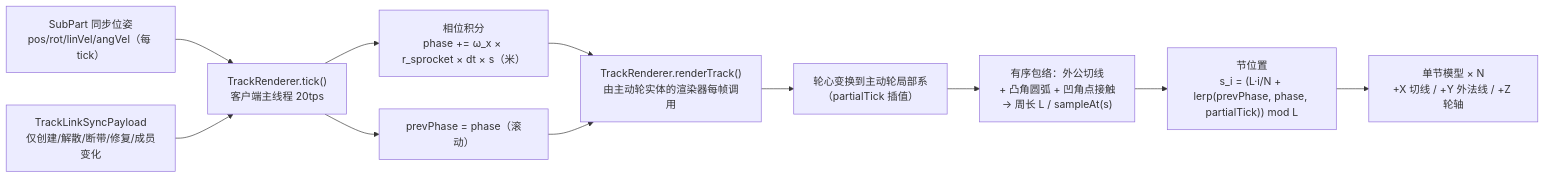
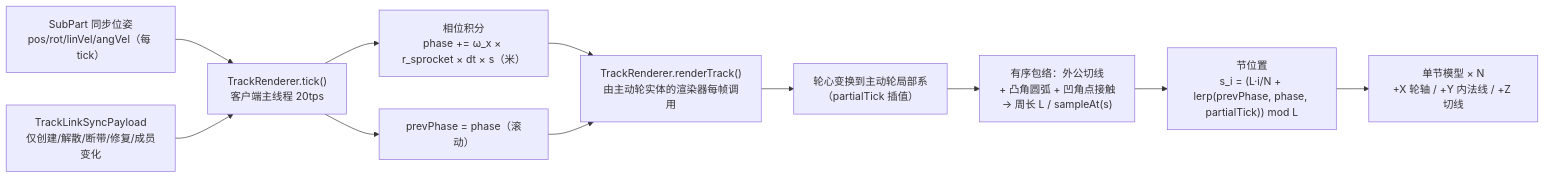
One commit to Sweetzonzi/Machine-Max changed the diagram in docs/plan/进行中/履带系统-物理实现设计文档.md. Above: the diagram before and after it, drawn with Mermaid. The commit also changed other lines of this file and 13 other files, not shown here.

First line of the commit message:
docs(track): 记录履带数据驱动化落地与 fitting schema

````diff
--- a/docs/plan/进行中/履带系统-物理实现设计文档.md
+++ b/docs/plan/进行中/履带系统-物理实现设计文档.md
@@ -525,13 +525,13 @@
 ```mermaid
 flowchart LR
     A["SubPart 同步位姿<br>pos/rot/linVel/angVel（每 tick）"] --> B["TrackRenderer.tick()<br>客户端主线程 20tps"]
     C["TrackLinkSyncPayload<br>仅创建/解散/断带/修复/成员变化"] --> B
     B --> D["相位积分<br>phase += ω_x × r_sprocket × dt × s（米）"]
     B --> E["prevPhase = phase（滚动）"]
     D --> F["TrackRenderer.renderTrack()<br>由主动轮实体的渲染器每帧调用"]
     E --> F
     F --> G["轮心变换到主动轮局部系<br>（partialTick 插值）"]
     G --> H["有序包络：外公切线<br>+ 凸角圆弧 + 凹角点接触<br>→ 周长 L / sampleAt(s)"]
     H --> I["节位置<br>s_i = (L·i/N + lerp(prevPhase, phase, partialTick)) mod L"]
-    I --> J["单节模型 × N<br>+X 切线 / +Y 外法线 / +Z 轮轴"]
+    I --> J["单节模型 × N<br>+X 轮轴 / +Y 内法线 / +Z 切线"]
 ```
````
